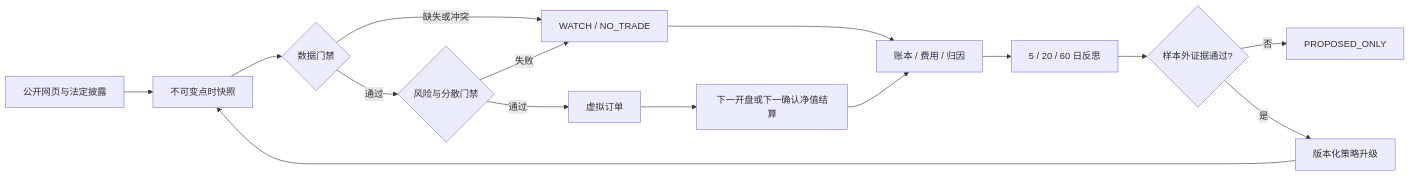
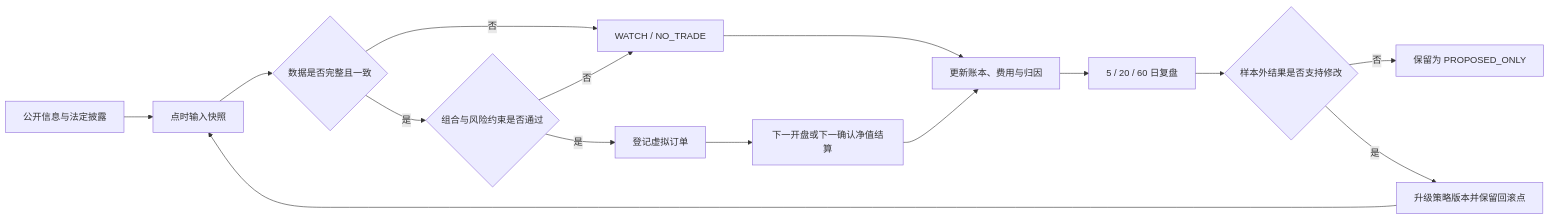
Before and after one commit to ARC0127/Vibe-Finance: the diagram in README.md, drawn with Mermaid. The commit also changed other lines of this file, not shown here.

````diff
--- a/README.md
+++ b/README.md
@@ -77,17 +85,17 @@
 ```mermaid
 flowchart LR
-    A[公开网页与法定披露] --> B[不可变点时快照]
-    B --> C{数据门禁}
-    C -->|缺失或冲突| D[WATCH / NO_TRADE]
-    C -->|通过| E{风险与分散门禁}
-    E -->|失败| D
-    E -->|通过| F[虚拟订单]
+    A[公开信息与法定披露] --> B[点时输入快照]
+    B --> C{数据是否完整且一致}
+    C -->|否| D[WATCH / NO_TRADE]
+    C -->|是| E{组合与风险约束是否通过}
+    E -->|否| D
+    E -->|是| F[登记虚拟订单]
     F --> G[下一开盘或下一确认净值结算]
-    G --> H[账本 / 费用 / 归因]
+    G --> H[更新账本、费用与归因]
     D --> H
-    H --> I[5 / 20 / 60 日反思]
-    I --> J{样本外证据通过?}
-    J -->|否| K[PROPOSED_ONLY]
-    J -->|是| L[版本化策略升级]
+    H --> I[5 / 20 / 60 日复盘]
+    I --> J{样本外结果是否支持修改}
+    J -->|否| K[保留为 PROPOSED_ONLY]
+    J -->|是| L[升级策略版本并保留回滚点]
     L --> B
 ```
````
